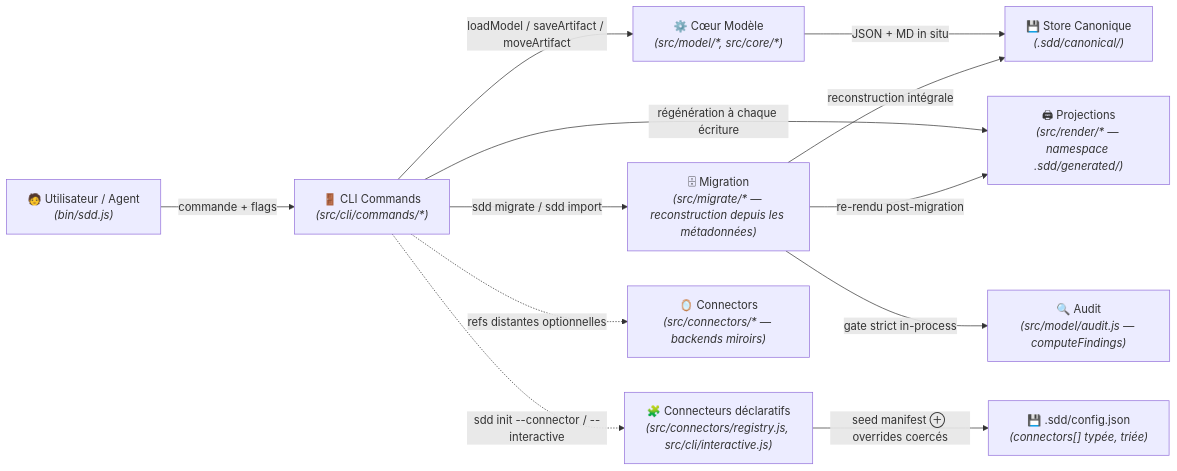
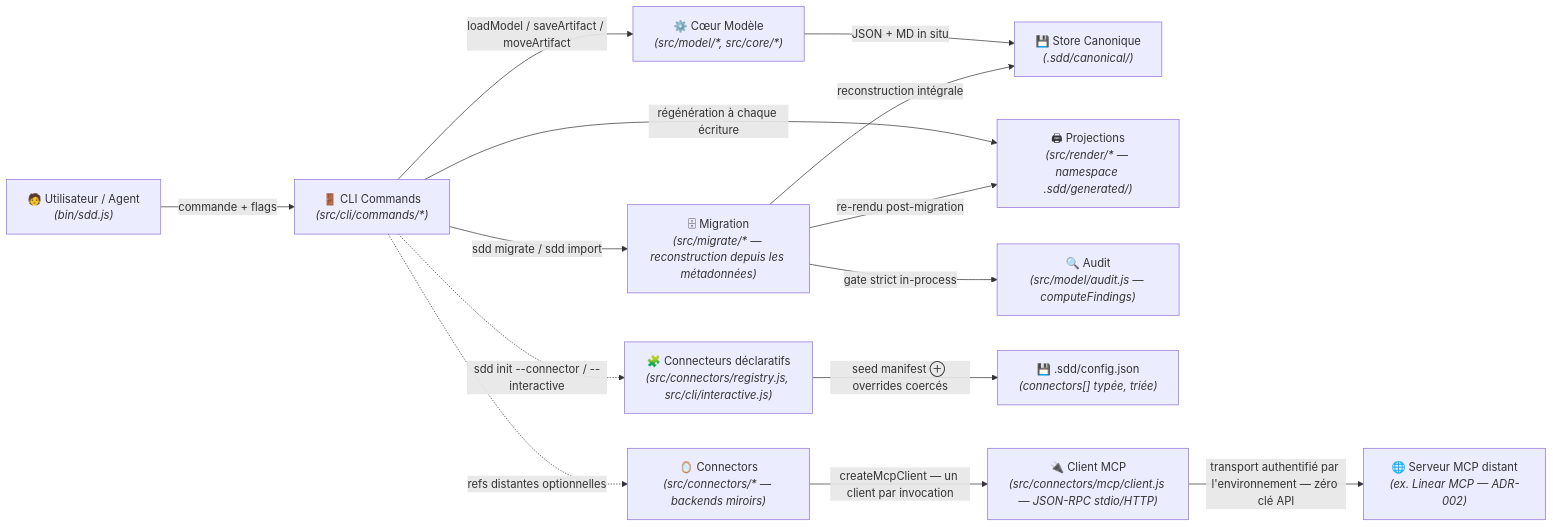
Before and after one commit to ngdo-pro/sdd: the diagram in .sdd/knowledge/domains/spec-model/tech.md, drawn with Mermaid. The commit also changed other lines of this file and 38 other files, not shown here.

First line of the commit message:
feat(cli): connecteur Linear via MCP + skill /setup (specs 005, 006)

````diff
--- a/.sdd/knowledge/domains/spec-model/tech.md
+++ b/.sdd/knowledge/domains/spec-model/tech.md
@@ -10,15 +10,17 @@
 ```mermaid
 flowchart LR
     U["🧑 Utilisateur / Agent<br><i>(bin/sdd.js)</i>"]
     -->|commande + flags| CLI["🚪 CLI Commands<br><i>(src/cli/commands/*)</i>"]
     CLI -->|loadModel / saveArtifact / moveArtifact| Core["⚙️ Cœur Modèle<br><i>(src/model/*, src/core/*)</i>"]
     Core -->|JSON + MD in situ| Disk["💾 Store Canonique<br><i>(.sdd/canonical/)</i>"]
     CLI -->|régénération à chaque écriture| Render["🖨 Projections<br><i>(src/render/* — namespace .sdd/generated/)</i>"]
     CLI -->|sdd migrate / sdd import| Migrate["🗄 Migration<br><i>(src/migrate/* — reconstruction depuis les métadonnées)</i>"]
     Migrate -->|reconstruction intégrale| Disk
     Migrate -->|gate strict in-process| Audit["🔍 Audit<br><i>(src/model/audit.js — computeFindings)</i>"]
     Migrate -->|re-rendu post-migration| Render
     CLI -.->|sdd init --connector / --interactive| Declar["🧩 Connecteurs déclaratifs<br><i>(src/connectors/registry.js, src/cli/interactive.js)</i>"]
     Declar -->|seed manifest ⊕ overrides coercés| Config["💾 .sdd/config.json<br><i>(connectors[] typée, triée)</i>"]
     CLI -.->|refs distantes optionnelles| Mirror["🪞 Connectors<br><i>(src/connectors/* — backends miroirs)</i>"]
+    Mirror -->|createMcpClient — un client par invocation| MCP["🔌 Client MCP<br><i>(src/connectors/mcp/client.js — JSON-RPC stdio/HTTP)</i>"]
+    MCP -->|transport authentifié par l'environnement — zéro clé API| Env["🌐 Serveur MCP distant<br><i>(ex. Linear MCP — ADR-002)</i>"]
 ```
````
